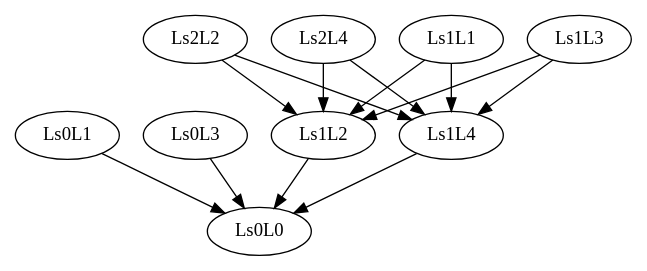
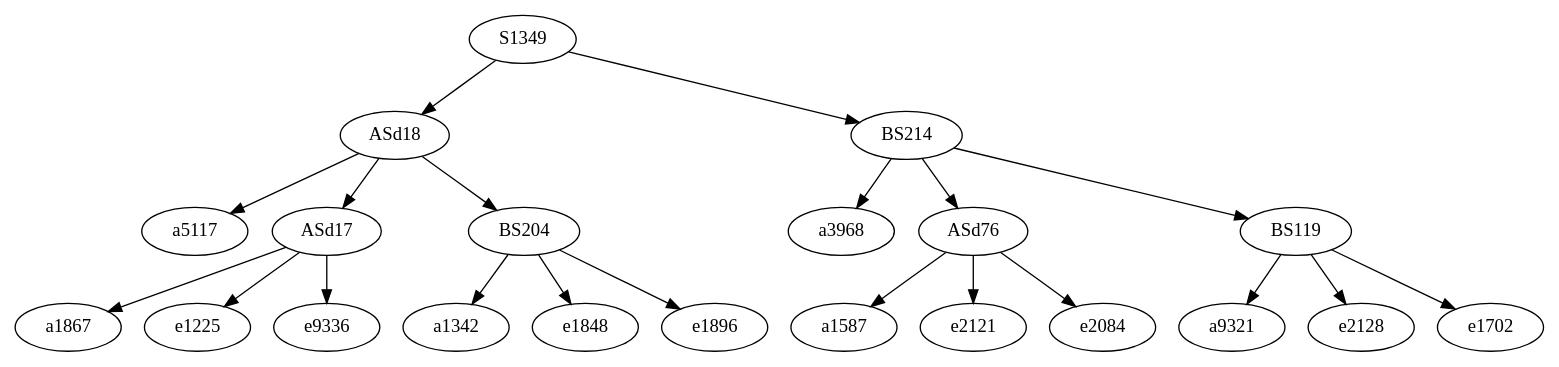
The diagram in grafo.dot (Mazzotta-Fabio/GLLParsing), drawn with Graphviz before and after one commit. The commit also changed 12 other files, not shown here.

```diff
--- a/grafo.dot
+++ b/grafo.dot
@@ -1,14 +1,22 @@
 diGraph G {
-Ls0L1->Ls0L0
-Ls0L3->Ls0L0
-Ls1L2->Ls0L0
-Ls1L4->Ls0L0
-Ls1L1->Ls1L2
-Ls1L3->Ls1L2
-Ls1L1->Ls1L4
-Ls1L3->Ls1L4
-Ls2L2->Ls1L2
-Ls2L4->Ls1L2
-Ls2L2->Ls1L4
-Ls2L4->Ls1L4
+S1349->ASd18
+ASd18->a5117
+S1349->BS214
+BS214->a3968
+ASd18->ASd17
+ASd17->a1867
+ASd18->BS204
+BS204->a1342
+BS214->ASd76
+ASd76->a1587
+BS214->BS119
+BS119->a9321
+ASd17->e1225
+BS204->e1848
+ASd17->e9336
+ASd76->e2121
+ASd76->e2084
+BS204->e1896
+BS119->e2128
+BS119->e1702
 }
```
